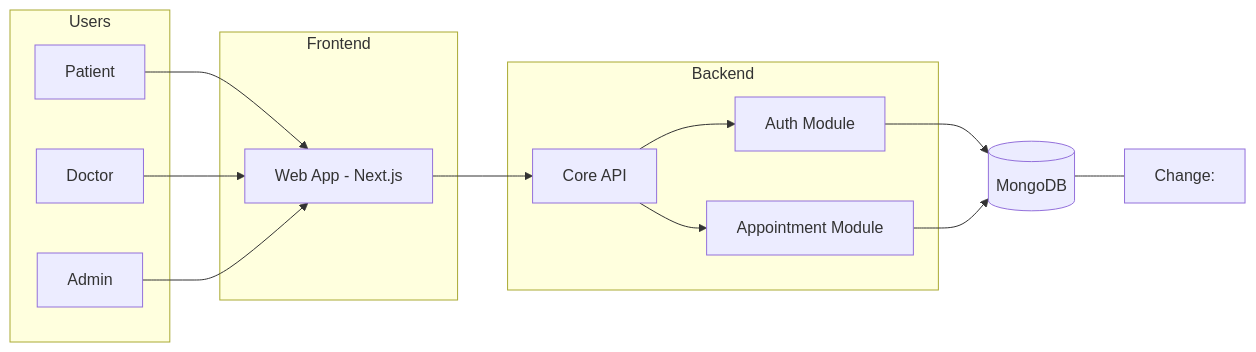
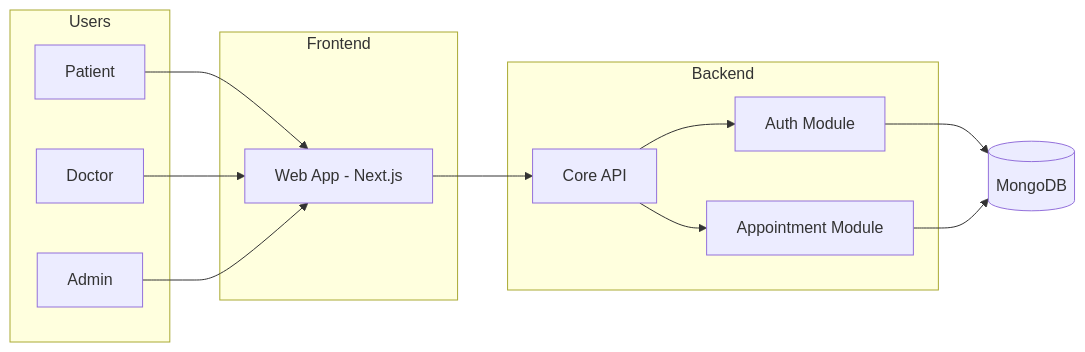
One commit to xkhaliil/OlaDoc changed the first of 2 diagrams in README.md. Above: the diagram before and after it, drawn with Mermaid.

Commit message:
Update README to reflect system architecture changes
Removed outdated change log section and updated system architecture heading.

````diff
--- a/README.md
+++ b/README.md
@@ -33,36 +33,32 @@
 ```mermaid
 flowchart LR
 
 subgraph USERS["Users"]
   PAT[Patient]
   DOC[Doctor]
   ADM[Admin]
 end
 
 subgraph FRONTEND["Frontend"]
   WEB[Web App - Next.js]
 end
 
 subgraph BACKEND["Backend"]
   API[Core API]
   AUTH[Auth Module]
   APPT[Appointment Module]
 end
 
 DB[(MongoDB)]
 
 PAT --> WEB
 DOC --> WEB
 ADM --> WEB
 
 WEB --> API
 API --> AUTH
 API --> APPT
 
 AUTH --> DB
 APPT --> DB
----
-
-
-Change:
 ```
````
